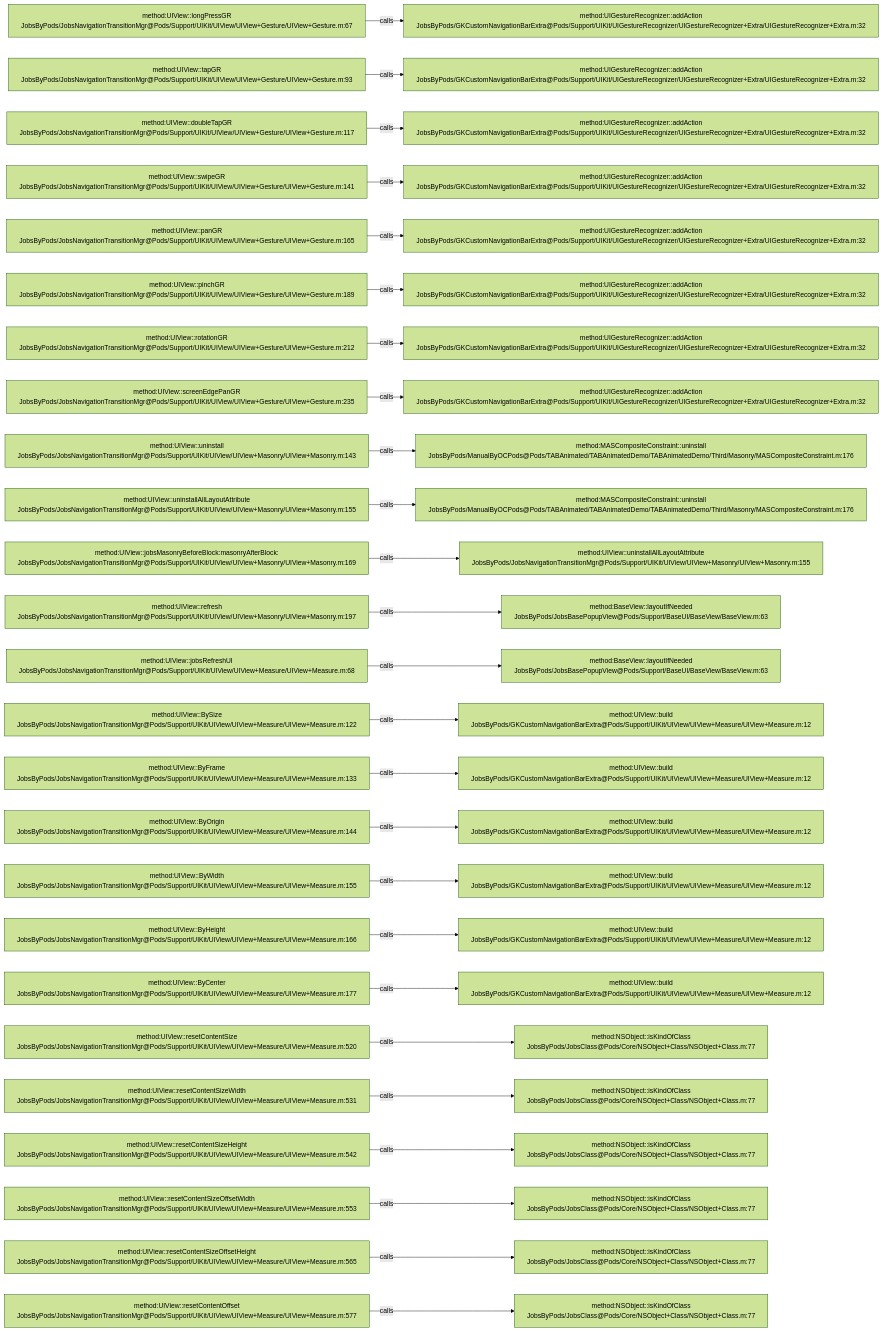
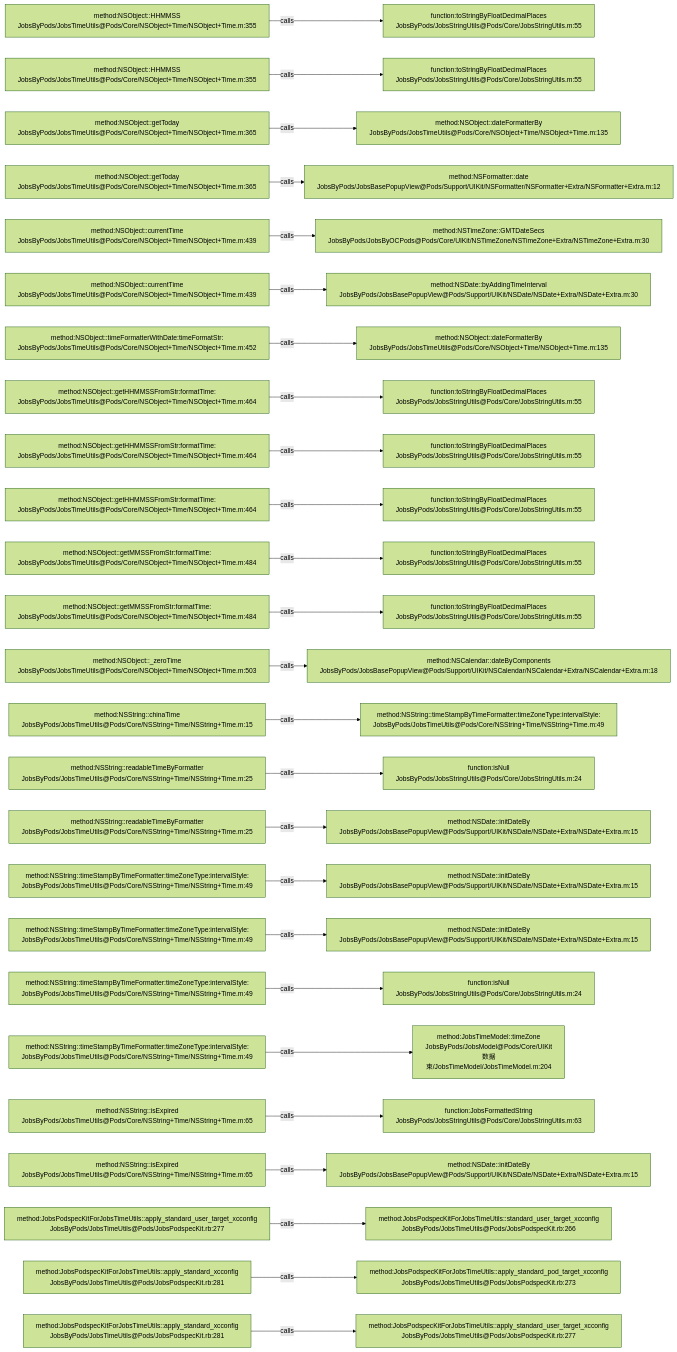
One commit to JobsKits/JobsOCBaseConfigDemo changed the diagram in .codegraph/codegraph.md/graphs/calls-173.md. Above: the diagram before and after it, drawn with Mermaid (forest theme). The commit also changed 1026 other files, not shown here.

````diff
--- a/.codegraph/codegraph.md/graphs/calls-173.md
+++ b/.codegraph/codegraph.md/graphs/calls-173.md
@@ -13,78 +13,78 @@
 ```mermaid
 flowchart LR
-  S1["method:UIView::longPressGR<br/>JobsByPods/JobsNavigationTransitionMgr@Pods/Support/UIKit/UIView/UIView+Gesture/UIView+Gesture.m:67"]
-  T1["method:UIGestureRecognizer::addAction<br/>JobsByPods/GKCustomNavigationBarExtra@Pods/Support/UIKit/UIGestureRecognizer/UIGestureRecognizer+Extra/UIGestureRecognizer+Extra.m:32"]
+  S1["method:NSObject::HHMMSS<br/>JobsByPods/JobsTimeUtils@Pods/Core/NSObject+Time/NSObject+Time.m:355"]
+  T1["function:toStringByFloatDecimalPlaces<br/>JobsByPods/JobsStringUtils@Pods/Core/JobsStringUtils.m:55"]
   S1 -->|calls| T1
-  S2["method:UIView::tapGR<br/>JobsByPods/JobsNavigationTransitionMgr@Pods/Support/UIKit/UIView/UIView+Gesture/UIView+Gesture.m:93"]
-  T2["method:UIGestureRecognizer::addAction<br/>JobsByPods/GKCustomNavigationBarExtra@Pods/Support/UIKit/UIGestureRecognizer/UIGestureRecognizer+Extra/UIGestureRecognizer+Extra.m:32"]
+  S2["method:NSObject::HHMMSS<br/>JobsByPods/JobsTimeUtils@Pods/Core/NSObject+Time/NSObject+Time.m:355"]
+  T2["function:toStringByFloatDecimalPlaces<br/>JobsByPods/JobsStringUtils@Pods/Core/JobsStringUtils.m:55"]
   S2 -->|calls| T2
-  S3["method:UIView::doubleTapGR<br/>JobsByPods/JobsNavigationTransitionMgr@Pods/Support/UIKit/UIView/UIView+Gesture/UIView+Gesture.m:117"]
-  T3["method:UIGestureRecognizer::addAction<br/>JobsByPods/GKCustomNavigationBarExtra@Pods/Support/UIKit/UIGestureRecognizer/UIGestureRecognizer+Extra/UIGestureRecognizer+Extra.m:32"]
+  S3["method:NSObject::getToday<br/>JobsByPods/JobsTimeUtils@Pods/Core/NSObject+Time/NSObject+Time.m:365"]
+  T3["method:NSObject::dateFormatterBy<br/>JobsByPods/JobsTimeUtils@Pods/Core/NSObject+Time/NSObject+Time.m:135"]
   S3 -->|calls| T3
-  S4["method:UIView::swipeGR<br/>JobsByPods/JobsNavigationTransitionMgr@Pods/Support/UIKit/UIView/UIView+Gesture/UIView+Gesture.m:141"]
-  T4["method:UIGestureRecognizer::addAction<br/>JobsByPods/GKCustomNavigationBarExtra@Pods/Support/UIKit/UIGestureRecognizer/UIGestureRecognizer+Extra/UIGestureRecognizer+Extra.m:32"]
+  S4["method:NSObject::getToday<br/>JobsByPods/JobsTimeUtils@Pods/Core/NSObject+Time/NSObject+Time.m:365"]
+  T4["method:NSFormatter::date<br/>JobsByPods/JobsBasePopupView@Pods/Support/UIKit/NSFormatter/NSFormatter+Extra/NSFormatter+Extra.m:12"]
   S4 -->|calls| T4
-  S5["method:UIView::panGR<br/>JobsByPods/JobsNavigationTransitionMgr@Pods/Support/UIKit/UIView/UIView+Gesture/UIView+Gesture.m:165"]
-  T5["method:UIGestureRecognizer::addAction<br/>JobsByPods/GKCustomNavigationBarExtra@Pods/Support/UIKit/UIGestureRecognizer/UIGestureRecognizer+Extra/UIGestureRecognizer+Extra.m:32"]
+  S5["method:NSObject::currentTime<br/>JobsByPods/JobsTimeUtils@Pods/Core/NSObject+Time/NSObject+Time.m:439"]
+  T5["method:NSTimeZone::GMTDateSecs<br/>JobsByPods/JobsByOCPods@Pods/Core/UIKit/NSTimeZone/NSTimeZone+Extra/NSTimeZone+Extra.m:30"]
   S5 -->|calls| T5
-  S6["method:UIView::pinchGR<br/>JobsByPods/JobsNavigationTransitionMgr@Pods/Support/UIKit/UIView/UIView+Gesture/UIView+Gesture.m:189"]
-  T6["method:UIGestureRecognizer::addAction<br/>JobsByPods/GKCustomNavigationBarExtra@Pods/Support/UIKit/UIGestureRecognizer/UIGestureRecognizer+Extra/UIGestureRecognizer+Extra.m:32"]
+  S6["method:NSObject::currentTime<br/>JobsByPods/JobsTimeUtils@Pods/Core/NSObject+Time/NSObject+Time.m:439"]
+  T6["method:NSDate::byAddingTimeInterval<br/>JobsByPods/JobsBasePopupView@Pods/Support/UIKit/NSDate/NSDate+Extra/NSDate+Extra.m:30"]
   S6 -->|calls| T6
-  S7["method:UIView::rotationGR<br/>JobsByPods/JobsNavigationTransitionMgr@Pods/Support/UIKit/UIView/UIView+Gesture/UIView+Gesture.m:212"]
-  T7["method:UIGestureRecognizer::addAction<br/>JobsByPods/GKCustomNavigationBarExtra@Pods/Support/UIKit/UIGestureRecognizer/UIGestureRecognizer+Extra/UIGestureRecognizer+Extra.m:32"]
+  S7["method:NSObject::timeFormatterWithDate:timeFormatStr:<br/>JobsByPods/JobsTimeUtils@Pods/Core/NSObject+Time/NSObject+Time.m:452"]
+  T7["method:NSObject::dateFormatterBy<br/>JobsByPods/JobsTimeUtils@Pods/Core/NSObject+Time/NSObject+Time.m:135"]
   S7 -->|calls| T7
-  S8["method:UIView::screenEdgePanGR<br/>JobsByPods/JobsNavigationTransitionMgr@Pods/Support/UIKit/UIView/UIView+Gesture/UIView+Gesture.m:235"]
-  T8["method:UIGestureRecognizer::addAction<br/>JobsByPods/GKCustomNavigationBarExtra@Pods/Support/UIKit/UIGestureRecognizer/UIGestureRecognizer+Extra/UIGestureRecognizer+Extra.m:32"]
+  S8["method:NSObject::getHHMMSSFromStr:formatTime:<br/>JobsByPods/JobsTimeUtils@Pods/Core/NSObject+Time/NSObject+Time.m:464"]
+  T8["function:toStringByFloatDecimalPlaces<br/>JobsByPods/JobsStringUtils@Pods/Core/JobsStringUtils.m:55"]
   S8 -->|calls| T8
-  S9["method:UIView::uninstall<br/>JobsByPods/JobsNavigationTransitionMgr@Pods/Support/UIKit/UIView/UIView+Masonry/UIView+Masonry.m:143"]
-  T9["method:MASCompositeConstraint::uninstall<br/>JobsByPods/ManualByOCPods@Pods/TABAnimated/TABAnimatedDemo/TABAnimatedDemo/Third/Masonry/MASCompositeConstraint.m:176"]
+  S9["method:NSObject::getHHMMSSFromStr:formatTime:<br/>JobsByPods/JobsTimeUtils@Pods/Core/NSObject+Time/NSObject+Time.m:464"]
+  T9["function:toStringByFloatDecimalPlaces<br/>JobsByPods/JobsStringUtils@Pods/Core/JobsStringUtils.m:55"]
   S9 -->|calls| T9
-  S10["method:UIView::uninstallAllLayoutAttribute<br/>JobsByPods/JobsNavigationTransitionMgr@Pods/Support/UIKit/UIView/UIView+Masonry/UIView+Masonry.m:155"]
-  T10["method:MASCompositeConstraint::uninstall<br/>JobsByPods/ManualByOCPods@Pods/TABAnimated/TABAnimatedDemo/TABAnimatedDemo/Third/Masonry/MASCompositeConstraint.m:176"]
+  S10["method:NSObject::getHHMMSSFromStr:formatTime:<br/>JobsByPods/JobsTimeUtils@Pods/Core/NSObject+Time/NSObject+Time.m:464"]
+  T10["function:toStringByFloatDecimalPlaces<br/>JobsByPods/JobsStringUtils@Pods/Core/JobsStringUtils.m:55"]
   S10 -->|calls| T10
-  S11["method:UIView::jobsMasonryBeforeBlock:masonryAfterBlock:<br/>JobsByPods/JobsNavigationTransitionMgr@Pods/Support/UIKit/UIView/UIView+Masonry/UIView+Masonry.m:169"]
-  T11["method:UIView::uninstallAllLayoutAttribute<br/>JobsByPods/JobsNavigationTransitionMgr@Pods/Support/UIKit/UIView/UIView+Masonry/UIView+Masonry.m:155"]
+  S11["method:NSObject::getMMSSFromStr:formatTime:<br/>JobsByPods/JobsTimeUtils@Pods/Core/NSObject+Time/NSObject+Time.m:484"]
+  T11["function:toStringByFloatDecimalPlaces<br/>JobsByPods/JobsStringUtils@Pods/Core/JobsStringUtils.m:55"]
   S11 -->|calls| T11
-  S12["method:UIView::refresh<br/>JobsByPods/JobsNavigationTransitionMgr@Pods/Support/UIKit/UIView/UIView+Masonry/UIView+Masonry.m:197"]
-  T12["method:BaseView::layoutIfNeeded<br/>JobsByPods/JobsBasePopupView@Pods/Support/BaseUI/BaseView/BaseView.m:63"]
+  S12["method:NSObject::getMMSSFromStr:formatTime:<br/>JobsByPods/JobsTimeUtils@Pods/Core/NSObject+Time/NSObject+Time.m:484"]
+  T12["function:toStringByFloatDecimalPlaces<br/>JobsByPods/JobsStringUtils@Pods/Core/JobsStringUtils.m:55"]
   S12 -->|calls| T12
-  S13["method:UIView::jobsRefreshUI<br/>JobsByPods/JobsNavigationTransitionMgr@Pods/Support/UIKit/UIView/UIView+Measure/UIView+Measure.m:68"]
-  T13["method:BaseView::layoutIfNeeded<br/>JobsByPods/JobsBasePopupView@Pods/Support/BaseUI/BaseView/BaseView.m:63"]
+  S13["method:NSObject::_zeroTime<br/>JobsByPods/JobsTimeUtils@Pods/Core/NSObject+Time/NSObject+Time.m:503"]
+  T13["method:NSCalendar::dateByComponents<br/>JobsByPods/JobsBasePopupView@Pods/Support/UIKit/NSCalendar/NSCalendar+Extra/NSCalendar+Extra.m:18"]
   S13 -->|calls| T13
-  S14["method:UIView::BySize<br/>JobsByPods/JobsNavigationTransitionMgr@Pods/Support/UIKit/UIView/UIView+Measure/UIView+Measure.m:122"]
-  T14["method:UIView::build<br/>JobsByPods/GKCustomNavigationBarExtra@Pods/Support/UIKit/UIView/UIView+Measure/UIView+Measure.m:12"]
+  S14["method:NSString::chinaTime<br/>JobsByPods/JobsTimeUtils@Pods/Core/NSString+Time/NSString+Time.m:15"]
+  T14["method:NSString::timeStampByTimeFormatter:timeZoneType:intervalStyle:<br/>JobsByPods/JobsTimeUtils@Pods/Core/NSString+Time/NSString+Time.m:49"]
   S14 -->|calls| T14
-  S15["method:UIView::ByFrame<br/>JobsByPods/JobsNavigationTransitionMgr@Pods/Support/UIKit/UIView/UIView+Measure/UIView+Measure.m:133"]
-  T15["method:UIView::build<br/>JobsByPods/GKCustomNavigationBarExtra@Pods/Support/UIKit/UIView/UIView+Measure/UIView+Measure.m:12"]
+  S15["method:NSString::readableTimeByFormatter<br/>JobsByPods/JobsTimeUtils@Pods/Core/NSString+Time/NSString+Time.m:25"]
+  T15["function:isNull<br/>JobsByPods/JobsStringUtils@Pods/Core/JobsStringUtils.m:24"]
   S15 -->|calls| T15
-  S16["method:UIView::ByOrigin<br/>JobsByPods/JobsNavigationTransitionMgr@Pods/Support/UIKit/UIView/UIView+Measure/UIView+Measure.m:144"]
-  T16["method:UIView::build<br/>JobsByPods/GKCustomNavigationBarExtra@Pods/Support/UIKit/UIView/UIView+Measure/UIView+Measure.m:12"]
+  S16["method:NSString::readableTimeByFormatter<br/>JobsByPods/JobsTimeUtils@Pods/Core/NSString+Time/NSString+Time.m:25"]
+  T16["method:NSDate::initDateBy<br/>JobsByPods/JobsBasePopupView@Pods/Support/UIKit/NSDate/NSDate+Extra/NSDate+Extra.m:15"]
   S16 -->|calls| T16
-  S17["method:UIView::ByWidth<br/>JobsByPods/JobsNavigationTransitionMgr@Pods/Support/UIKit/UIView/UIView+Measure/UIView+Measure.m:155"]
-  T17["method:UIView::build<br/>JobsByPods/GKCustomNavigationBarExtra@Pods/Support/UIKit/UIView/UIView+Measure/UIView+Measure.m:12"]
+  S17["method:NSString::timeStampByTimeFormatter:timeZoneType:intervalStyle:<br/>JobsByPods/JobsTimeUtils@Pods/Core/NSString+Time/NSString+Time.m:49"]
+  T17["method:NSDate::initDateBy<br/>JobsByPods/JobsBasePopupView@Pods/Support/UIKit/NSDate/NSDate+Extra/NSDate+Extra.m:15"]
   S17 -->|calls| T17
-  S18["method:UIView::ByHeight<br/>JobsByPods/JobsNavigationTransitionMgr@Pods/Support/UIKit/UIView/UIView+Measure/UIView+Measure.m:166"]
-  T18["method:UIView::build<br/>JobsByPods/GKCustomNavigationBarExtra@Pods/Support/UIKit/UIView/UIView+Measure/UIView+Measure.m:12"]
+  S18["method:NSString::timeStampByTimeFormatter:timeZoneType:intervalStyle:<br/>JobsByPods/JobsTimeUtils@Pods/Core/NSString+Time/NSString+Time.m:49"]
+  T18["method:NSDate::initDateBy<br/>JobsByPods/JobsBasePopupView@Pods/Support/UIKit/NSDate/NSDate+Extra/NSDate+Extra.m:15"]
   S18 -->|calls| T18
-  S19["method:UIView::ByCenter<br/>JobsByPods/JobsNavigationTransitionMgr@Pods/Support/UIKit/UIView/UIView+Measure/UIView+Measure.m:177"]
-  T19["method:UIView::build<br/>JobsByPods/GKCustomNavigationBarExtra@Pods/Support/UIKit/UIView/UIView+Measure/UIView+Measure.m:12"]
+  S19["method:NSString::timeStampByTimeFormatter:timeZoneType:intervalStyle:<br/>JobsByPods/JobsTimeUtils@Pods/Core/NSString+Time/NSString+Time.m:49"]
+  T19["function:isNull<br/>JobsByPods/JobsStringUtils@Pods/Core/JobsStringUtils.m:24"]
   S19 -->|calls| T19
-  S20["method:UIView::resetContentSize<br/>JobsByPods/JobsNavigationTransitionMgr@Pods/Support/UIKit/UIView/UIView+Measure/UIView+Measure.m:520"]
-  T20["method:NSObject::isKindOfClass<br/>JobsByPods/JobsClass@Pods/Core/NSObject+Class/NSObject+Class.m:77"]
+  S20["method:NSString::timeStampByTimeFormatter:timeZoneType:intervalStyle:<br/>JobsByPods/JobsTimeUtils@Pods/Core/NSString+Time/NSString+Time.m:49"]
+  T20["method:JobsTimeModel::timeZone<br/>JobsByPods/JobsModel@Pods/Core/UIKit数据束/JobsTimeModel/JobsTimeModel.m:204"]
   S20 -->|calls| T20
-  S21["method:UIView::resetContentSizeWidth<br/>JobsByPods/JobsNavigationTransitionMgr@Pods/Support/UIKit/UIView/UIView+Measure/UIView+Measure.m:531"]
-  T21["method:NSObject::isKindOfClass<br/>JobsByPods/JobsClass@Pods/Core/NSObject+Class/NSObject+Class.m:77"]
+  S21["method:NSString::isExpired<br/>JobsByPods/JobsTimeUtils@Pods/Core/NSString+Time/NSString+Time.m:65"]
+  T21["function:JobsFormattedString<br/>JobsByPods/JobsStringUtils@Pods/Core/JobsStringUtils.m:63"]
   S21 -->|calls| T21
-  S22["method:UIView::resetContentSizeHeight<br/>JobsByPods/JobsNavigationTransitionMgr@Pods/Support/UIKit/UIView/UIView+Measure/UIView+Measure.m:542"]
-  T22["method:NSObject::isKindOfClass<br/>JobsByPods/JobsClass@Pods/Core/NSObject+Class/NSObject+Class.m:77"]
+  S22["method:NSString::isExpired<br/>JobsByPods/JobsTimeUtils@Pods/Core/NSString+Time/NSString+Time.m:65"]
+  T22["method:NSDate::initDateBy<br/>JobsByPods/JobsBasePopupView@Pods/Support/UIKit/NSDate/NSDate+Extra/NSDate+Extra.m:15"]
   S22 -->|calls| T22
-  S23["method:UIView::resetContentSizeOffsetWidth<br/>JobsByPods/JobsNavigationTransitionMgr@Pods/Support/UIKit/UIView/UIView+Measure/UIView+Measure.m:553"]
-  T23["method:NSObject::isKindOfClass<br/>JobsByPods/JobsClass@Pods/Core/NSObject+Class/NSObject+Class.m:77"]
+  S23["method:JobsPodspecKitForJobsTimeUtils::apply_standard_user_target_xcconfig<br/>JobsByPods/JobsTimeUtils@Pods/JobsPodspecKit.rb:277"]
+  T23["method:JobsPodspecKitForJobsTimeUtils::standard_user_target_xcconfig<br/>JobsByPods/JobsTimeUtils@Pods/JobsPodspecKit.rb:266"]
   S23 -->|calls| T23
-  S24["method:UIView::resetContentSizeOffsetHeight<br/>JobsByPods/JobsNavigationTransitionMgr@Pods/Support/UIKit/UIView/UIView+Measure/UIView+Measure.m:565"]
-  T24["method:NSObject::isKindOfClass<br/>JobsByPods/JobsClass@Pods/Core/NSObject+Class/NSObject+Class.m:77"]
+  S24["method:JobsPodspecKitForJobsTimeUtils::apply_standard_xcconfig<br/>JobsByPods/JobsTimeUtils@Pods/JobsPodspecKit.rb:281"]
+  T24["method:JobsPodspecKitForJobsTimeUtils::apply_standard_pod_target_xcconfig<br/>JobsByPods/JobsTimeUtils@Pods/JobsPodspecKit.rb:273"]
   S24 -->|calls| T24
-  S25["method:UIView::resetContentOffset<br/>JobsByPods/JobsNavigationTransitionMgr@Pods/Support/UIKit/UIView/UIView+Measure/UIView+Measure.m:577"]
-  T25["method:NSObject::isKindOfClass<br/>JobsByPods/JobsClass@Pods/Core/NSObject+Class/NSObject+Class.m:77"]
+  S25["method:JobsPodspecKitForJobsTimeUtils::apply_standard_xcconfig<br/>JobsByPods/JobsTimeUtils@Pods/JobsPodspecKit.rb:281"]
+  T25["method:JobsPodspecKitForJobsTimeUtils::apply_standard_user_target_xcconfig<br/>JobsByPods/JobsTimeUtils@Pods/JobsPodspecKit.rb:277"]
   S25 -->|calls| T25
 ```
````
